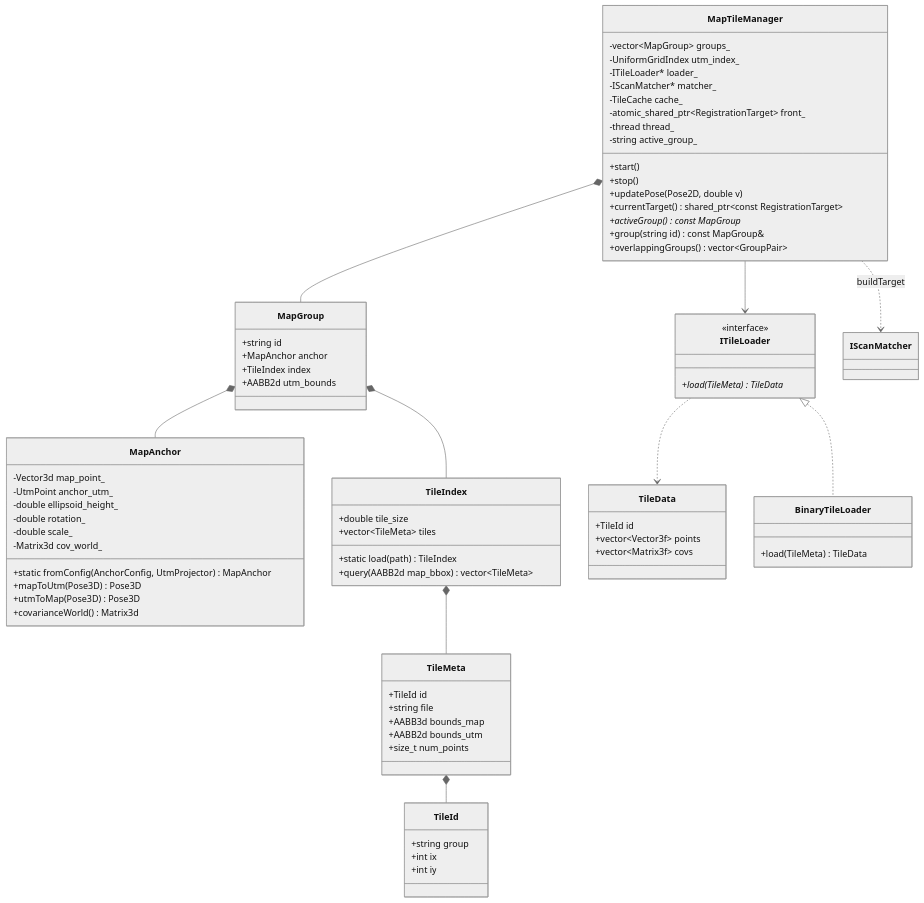
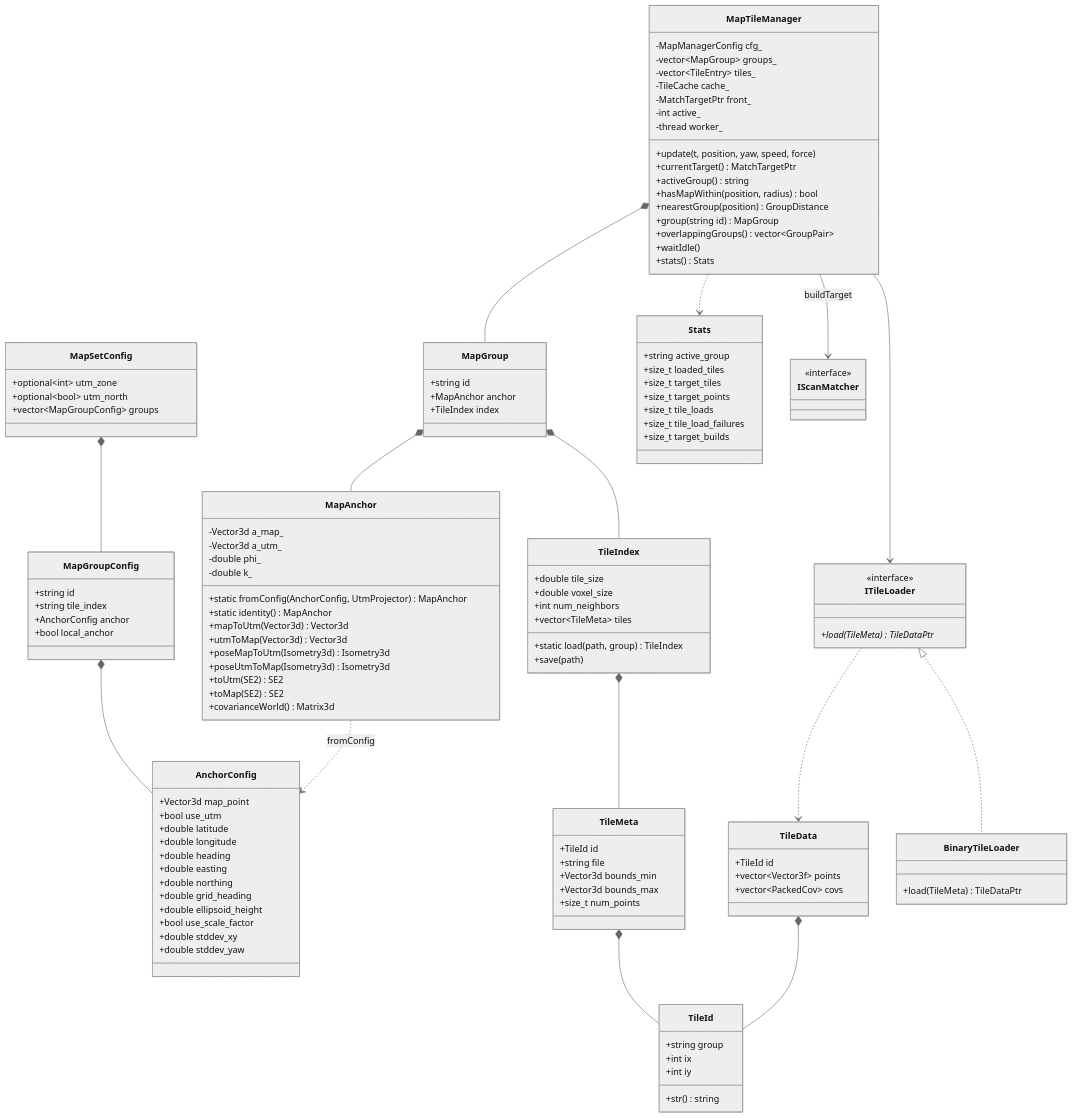
One commit to mamoru1126/gnss_and_lidar_localization changed the tenth of 15 diagrams in docs/architecture.md. Above: the diagram before and after it, drawn with Mermaid (neutral theme). The commit also changed other lines of this file and 12 other files, not shown here.

First line of the commit message:
feat: 地図上での初期化にタイムアウトを追加し、Phase 2 に合わせて文書を更新

````diff
--- a/docs/architecture.md
+++ b/docs/architecture.md
@@ -703,79 +856,127 @@
 ```mermaid
 classDiagram
 
+  class AnchorConfig {
+    +Vector3d map_point
+    +bool use_utm
+    +double latitude
+    +double longitude
+    +double heading
+    +double easting
+    +double northing
+    +double grid_heading
+    +double ellipsoid_height
+    +bool use_scale_factor
+    +double stddev_xy
+    +double stddev_yaw
+  }
   class MapAnchor {
-    -Vector3d map_point_
-    -UtmPoint anchor_utm_
-    -double ellipsoid_height_
-    -double rotation_
-    -double scale_
-    -Matrix3d cov_world_
+    -Vector3d a_map_
+    -Vector3d a_utm_
+    -double phi_
+    -double k_
     +static fromConfig(AnchorConfig, UtmProjector) MapAnchor
-    +mapToUtm(Pose3D) Pose3D
-    +utmToMap(Pose3D) Pose3D
+    +static identity() MapAnchor
+    +mapToUtm(Vector3d) Vector3d
+    +utmToMap(Vector3d) Vector3d
+    +poseMapToUtm(Isometry3d) Isometry3d
+    +poseUtmToMap(Isometry3d) Isometry3d
+    +toUtm(SE2) SE2
+    +toMap(SE2) SE2
     +covarianceWorld() Matrix3d
+  }
+  class MapSetConfig {
+    +optional~int~ utm_zone
+    +optional~bool~ utm_north
+    +vector~MapGroupConfig~ groups
+  }
+  class MapGroupConfig {
+    +string id
+    +string tile_index
+    +AnchorConfig anchor
+    +bool local_anchor
   }
   class MapGroup {
     +string id
     +MapAnchor anchor
     +TileIndex index
-    +AABB2d utm_bounds
   }
   class TileIndex {
     +double tile_size
+    +double voxel_size
+    +int num_neighbors
     +vector~TileMeta~ tiles
-    +static load(path) TileIndex
-    +query(AABB2d map_bbox) vector~TileMeta~
+    +static load(path, group) TileIndex
+    +save(path)
   }
   class TileId {
     +string group
     +int ix
     +int iy
+    +str() string
   }
   class TileMeta {
     +TileId id
     +string file
-    +AABB3d bounds_map
-    +AABB2d bounds_utm
+    +Vector3d bounds_min
+    +Vector3d bounds_max
     +size_t num_points
   }
   class TileData {
     +TileId id
     +vector~Vector3f~ points
-    +vector~Matrix3f~ covs
+    +vector~PackedCov~ covs
   }
   class ITileLoader {
     <<interface>>
-    +load(TileMeta) TileData*
+    +load(TileMeta) TileDataPtr*
   }
   class BinaryTileLoader {
-    +load(TileMeta) TileData
+    +load(TileMeta) TileDataPtr
   }
   class MapTileManager {
+    -MapManagerConfig cfg_
     -vector~MapGroup~ groups_
-    -UniformGridIndex utm_index_
-    -ITileLoader* loader_
-    -IScanMatcher* matcher_
+    -vector~TileEntry~ tiles_
     -TileCache cache_
-    -atomic_shared_ptr~RegistrationTarget~ front_
-    -thread thread_
-    -string active_group_
-    +start()
-    +stop()
-    +updatePose(Pose2D, double v)
-    +currentTarget() shared_ptr~const RegistrationTarget~
-    +activeGroup() const MapGroup*
-    +group(string id) const MapGroup&
+    -MatchTargetPtr front_
+    -int active_
+    -thread worker_
+    +update(t, position, yaw, speed, force)
+    +currentTarget() MatchTargetPtr
+    +activeGroup() string
+    +hasMapWithin(position, radius) bool
+    +nearestGroup(position) GroupDistance
+    +group(string id) MapGroup
     +overlappingGroups() vector~GroupPair~
+    +waitIdle()
+    +stats() Stats
+  }
+  class Stats {
+    +string active_group
+    +size_t loaded_tiles
+    +size_t target_tiles
+    +size_t target_points
+    +size_t tile_loads
+    +size_t tile_load_failures
+    +size_t target_builds
+  }
+  class IScanMatcher {
+    <<interface>>
   }
 
+  MapSetConfig *-- MapGroupConfig
+  MapGroupConfig *-- AnchorConfig
+  MapAnchor ..> AnchorConfig : fromConfig
   MapGroup *-- MapAnchor
   MapGroup *-- TileIndex
   TileIndex *-- TileMeta
   TileMeta *-- TileId
+  TileData *-- TileId
   ITileLoader <|.. BinaryTileLoader
   ITileLoader ..> TileData
   MapTileManager *-- MapGroup
   MapTileManager --> ITileLoader
-  MapTileManager ..> IScanMatcher : buildTarget
+  MapTileManager --> IScanMatcher : buildTarget
+  MapTileManager ..> Stats
 ```
````
